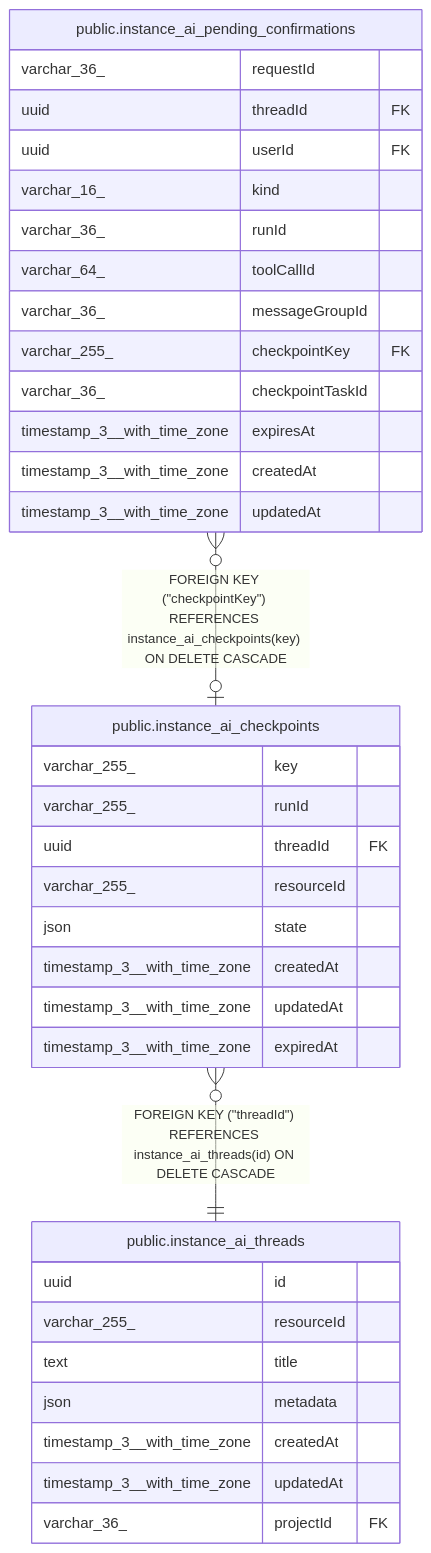
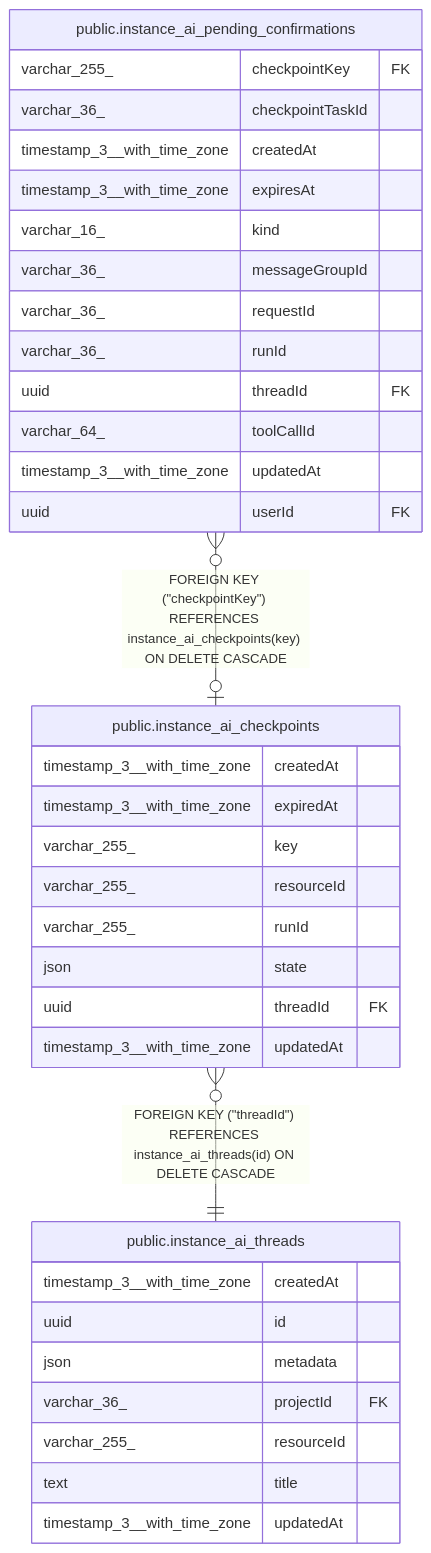
Before and after one commit to mayankjain1815-commits/n8n: the diagram in docs/generated/postgres-schema/public.instance_ai_checkpoints.md, drawn with Mermaid. The commit also changed other lines of this file and 221 other files, not shown here.

Commit message:
chore(core): Make DB schema docs generation deterministic (#32373)

````diff
--- a/docs/generated/postgres-schema/public.instance_ai_checkpoints.md
+++ b/docs/generated/postgres-schema/public.instance_ai_checkpoints.md
@@ -39,40 +39,40 @@
 ```mermaid
 erDiagram
 
 "public.instance_ai_pending_confirmations" }o--o| "public.instance_ai_checkpoints" : "FOREIGN KEY (#quot;checkpointKey#quot;) REFERENCES instance_ai_checkpoints(key) ON DELETE CASCADE"
 "public.instance_ai_checkpoints" }o--|| "public.instance_ai_threads" : "FOREIGN KEY (#quot;threadId#quot;) REFERENCES instance_ai_threads(id) ON DELETE CASCADE"
 
 "public.instance_ai_checkpoints" {
+  timestamp_3__with_time_zone createdAt
+  timestamp_3__with_time_zone expiredAt
   varchar_255_ key
+  varchar_255_ resourceId
   varchar_255_ runId
+  json state
   uuid threadId FK
-  varchar_255_ resourceId
-  json state
-  timestamp_3__with_time_zone createdAt
   timestamp_3__with_time_zone updatedAt
-  timestamp_3__with_time_zone expiredAt
 }
 "public.instance_ai_pending_confirmations" {
-  varchar_36_ requestId
-  uuid threadId FK
-  uuid userId FK
-  varchar_16_ kind
-  varchar_36_ runId
-  varchar_64_ toolCallId
-  varchar_36_ messageGroupId
   varchar_255_ checkpointKey FK
   varchar_36_ checkpointTaskId
+  timestamp_3__with_time_zone createdAt
   timestamp_3__with_time_zone expiresAt
+  varchar_16_ kind
+  varchar_36_ messageGroupId
+  varchar_36_ requestId
+  varchar_36_ runId
+  uuid threadId FK
+  varchar_64_ toolCallId
+  timestamp_3__with_time_zone updatedAt
+  uuid userId FK
+}
+"public.instance_ai_threads" {
   timestamp_3__with_time_zone createdAt
+  uuid id
+  json metadata
+  varchar_36_ projectId FK
+  varchar_255_ resourceId
+  text title
   timestamp_3__with_time_zone updatedAt
 }
-"public.instance_ai_threads" {
-  uuid id
-  varchar_255_ resourceId
-  text title
-  json metadata
-  timestamp_3__with_time_zone createdAt
-  timestamp_3__with_time_zone updatedAt
-  varchar_36_ projectId FK
-}
 ```
````
